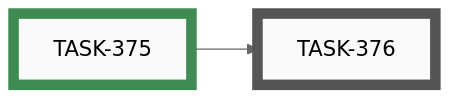
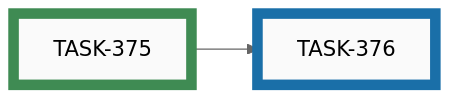
One commit to tgd1975/AwesomeGuitarPedal changed the eighth of 11 diagrams in docs/developers/tasks/EPICS.md. Above: the diagram before and after it, drawn with Mermaid (neutral theme). The commit also changed other lines of this file and 3 other files, not shown here.

````diff
--- a/docs/developers/tasks/EPICS.md
+++ b/docs/developers/tasks/EPICS.md
@@ -277,16 +277,16 @@
 ```mermaid
 graph LR
-    TASK_376["TASK-376"]:::open
+    TASK_376["TASK-376"]:::active
     TASK_375["TASK-375"]:::closed
     TASK_375 --> TASK_376
-    click TASK_376 "open/task-376-esp32-button-reads-debouncems-from-hardware-config.md"
+    click TASK_376 "active/task-376-esp32-button-reads-debouncems-from-hardware-config.md"
     click TASK_375 "closed/task-375-add-debouncems-to-hardware-config-schema-and-model.md"
     classDef open    fill:#FAFAFA,stroke:#555,stroke-width:8px,color:#000
     classDef active  fill:#FAFAFA,stroke:#1A6FA8,stroke-width:8px,color:#000
     classDef closed  fill:#FAFAFA,stroke:#3F8B53,stroke-width:8px,color:#000
     classDef paused  fill:#FAFAFA,stroke:#B07810,stroke-width:8px,color:#000
     classDef openExt    fill:#000,stroke:#888,stroke-width:8px,color:#FFF
     classDef activeExt  fill:#000,stroke:#3FA9F5,stroke-width:8px,color:#FFF
     classDef closedExt  fill:#000,stroke:#7CC68A,stroke-width:8px,color:#FFF
     classDef pausedExt  fill:#000,stroke:#F0B030,stroke-width:8px,color:#FFF
 ```
````
